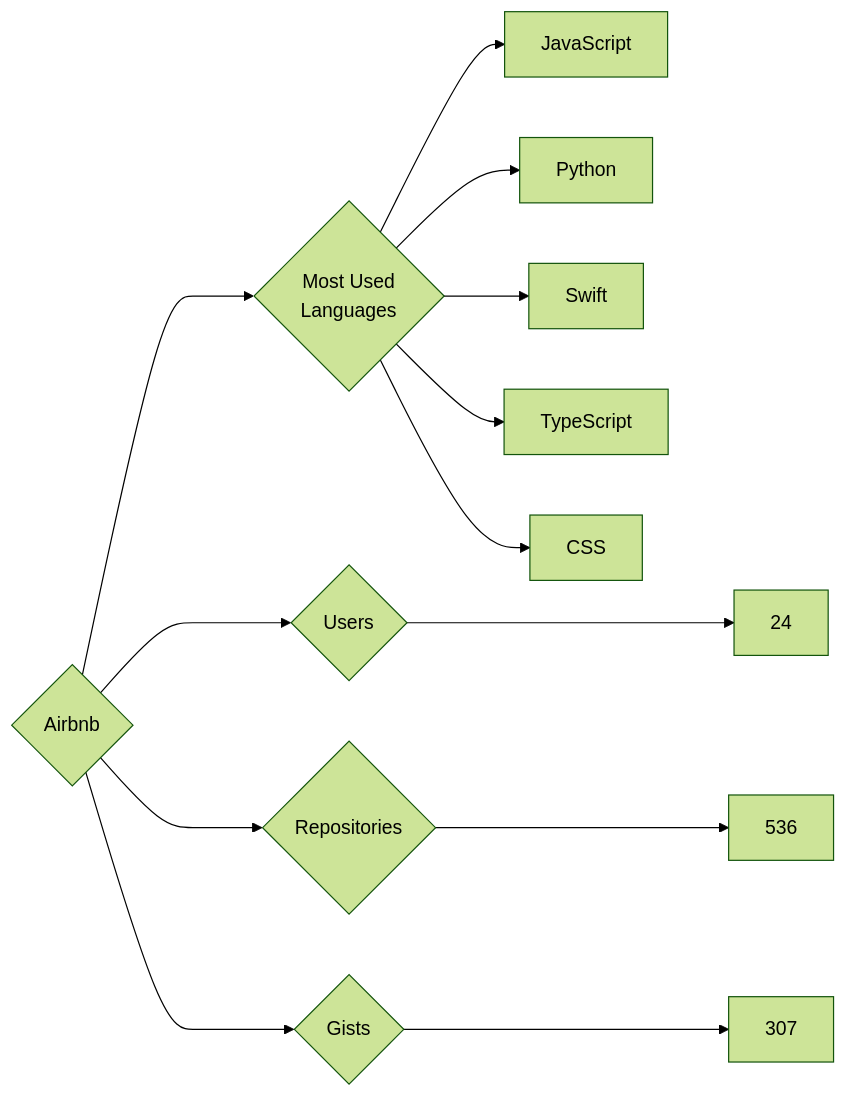
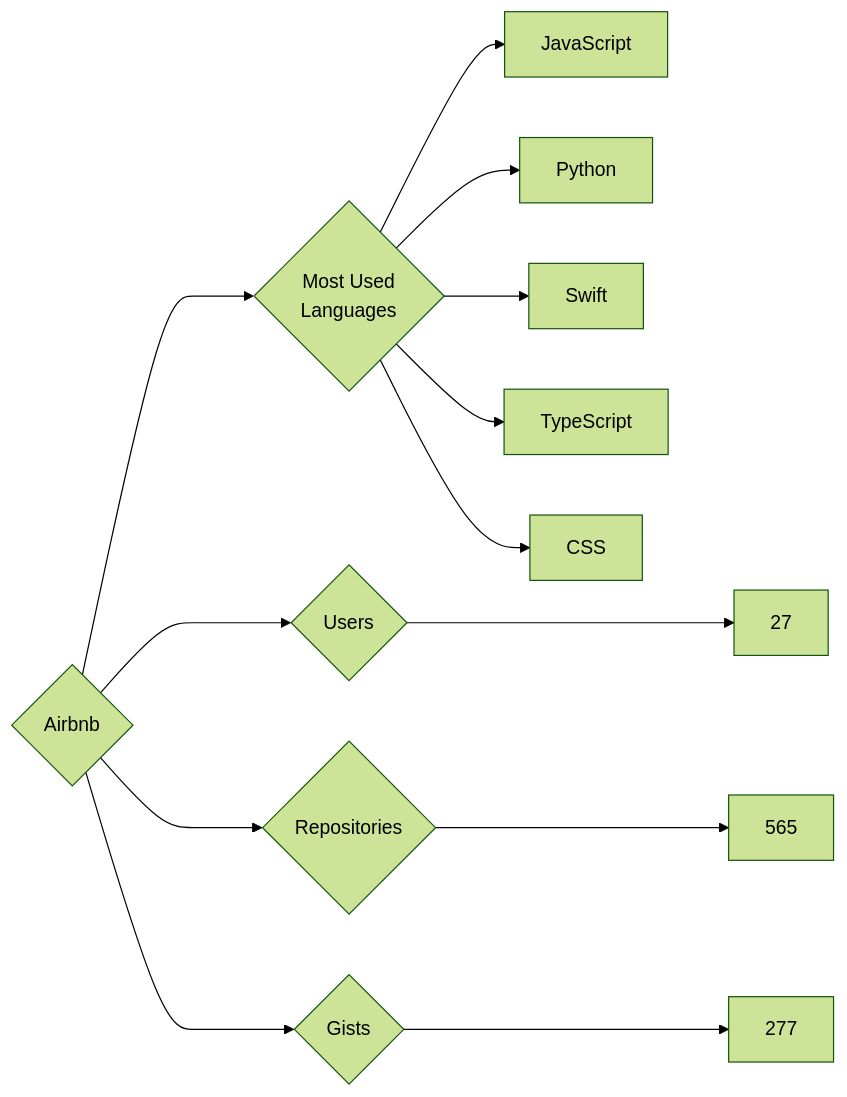
One commit to trickest/insiders changed the diagram in targets/Airbnb/README.md. Above: the diagram before and after it, drawn with Mermaid (forest theme). The commit also changed 894 other files, not shown here.

````diff
--- a/targets/Airbnb/README.md
+++ b/targets/Airbnb/README.md
@@ -3,13 +3,13 @@
 ```mermaid
 graph LR
 COMPANY_NAME{Airbnb}
-COMPANY_NAME ---> U{Users} ---> UN[24]
-COMPANY_NAME ---> R{Repositories} ---> RN[536]
-COMPANY_NAME ---> G{Gists} ---> GN[307]
+COMPANY_NAME ---> U{Users} ---> UN[27]
+COMPANY_NAME ---> R{Repositories} ---> RN[565]
+COMPANY_NAME ---> G{Gists} ---> GN[277]
 COMPANY_NAME ---> ML{Most Used<br>Languages}
 ML --> JavaScript[JavaScript]
 ML --> Python[Python]
 ML --> Swift[Swift]
 ML --> TypeScript[TypeScript]
 ML --> CSS[CSS]
 ```
````
